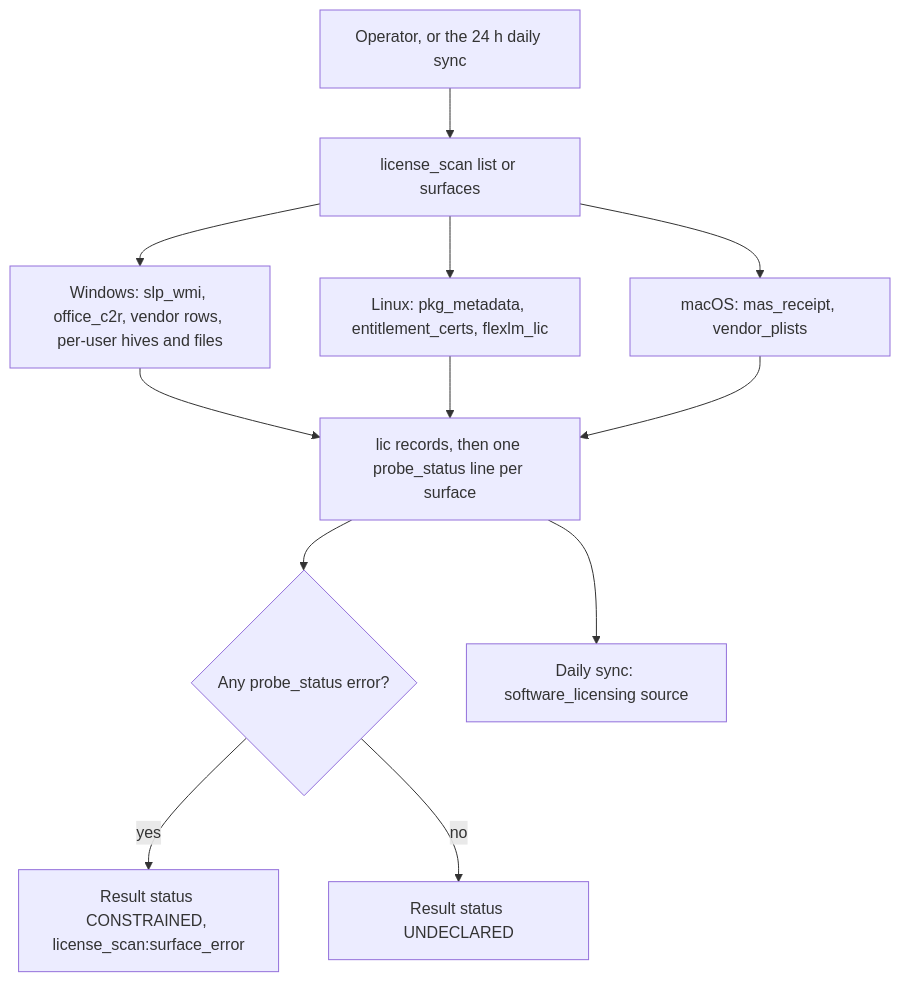
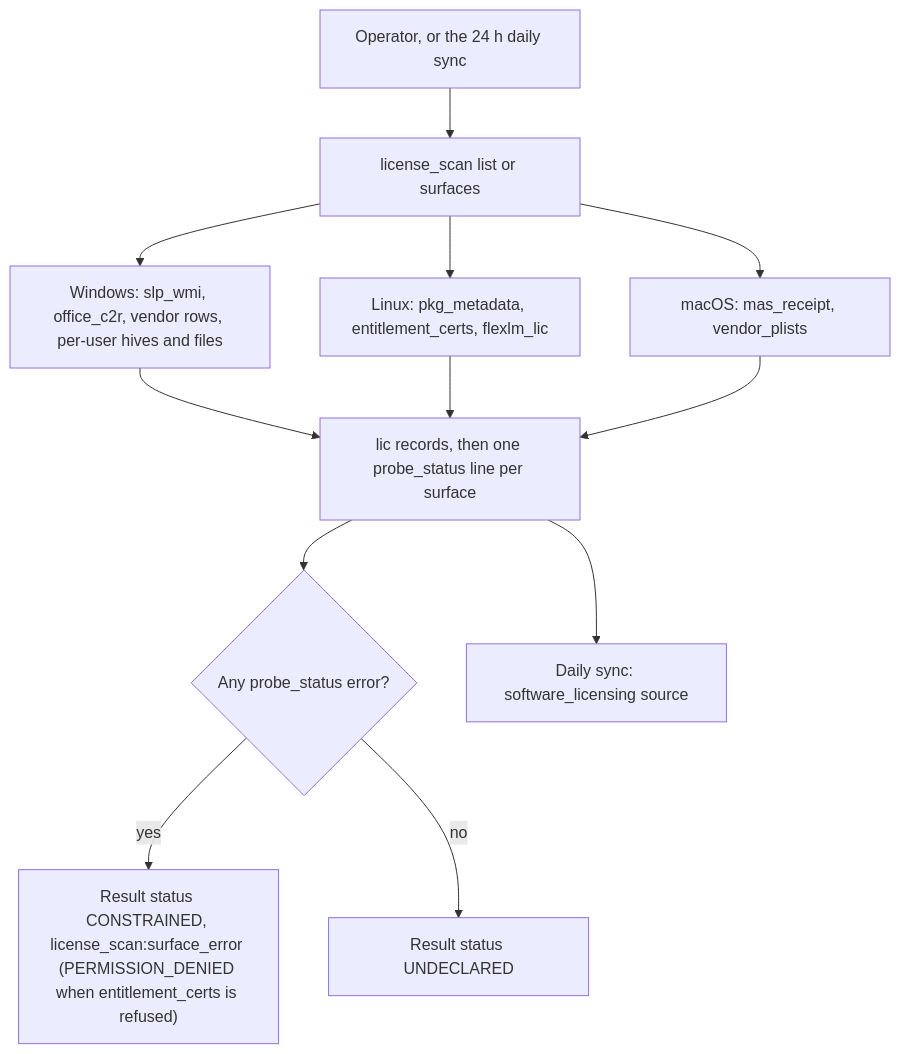
One commit to DevNullLtd/Yuzu changed the first of 2 diagrams in agents/plugins/license_scan/README.md. Above: the diagram before and after it, drawn with Mermaid. The commit also changed other lines of this file and 1 other file, not shown here.

````diff
--- a/agents/plugins/license_scan/README.md
+++ b/agents/plugins/license_scan/README.md
@@ -27,14 +27,14 @@
 ```mermaid
 flowchart TD
   OP["Operator, or the 24 h daily sync"] --> LS["license_scan list or surfaces"]
   LS --> WIN["Windows: slp_wmi, office_c2r, vendor rows, per-user hives and files"]
   LS --> LIN["Linux: pkg_metadata, entitlement_certs, flexlm_lic"]
   LS --> MAC["macOS: mas_receipt, vendor_plists"]
   WIN --> OUT["lic records, then one probe_status line per surface"]
   LIN --> OUT
   MAC --> OUT
   OUT --> ST{"Any probe_status error?"}
-  ST -- "yes" --> C["Result status CONSTRAINED, license_scan:surface_error"]
+  ST -- "yes" --> C["Result status CONSTRAINED, license_scan:surface_error (PERMISSION_DENIED when entitlement_certs is refused)"]
   ST -- "no" --> U["Result status UNDECLARED"]
   OUT --> SYNC["Daily sync: software_licensing source"]
 ```
````
